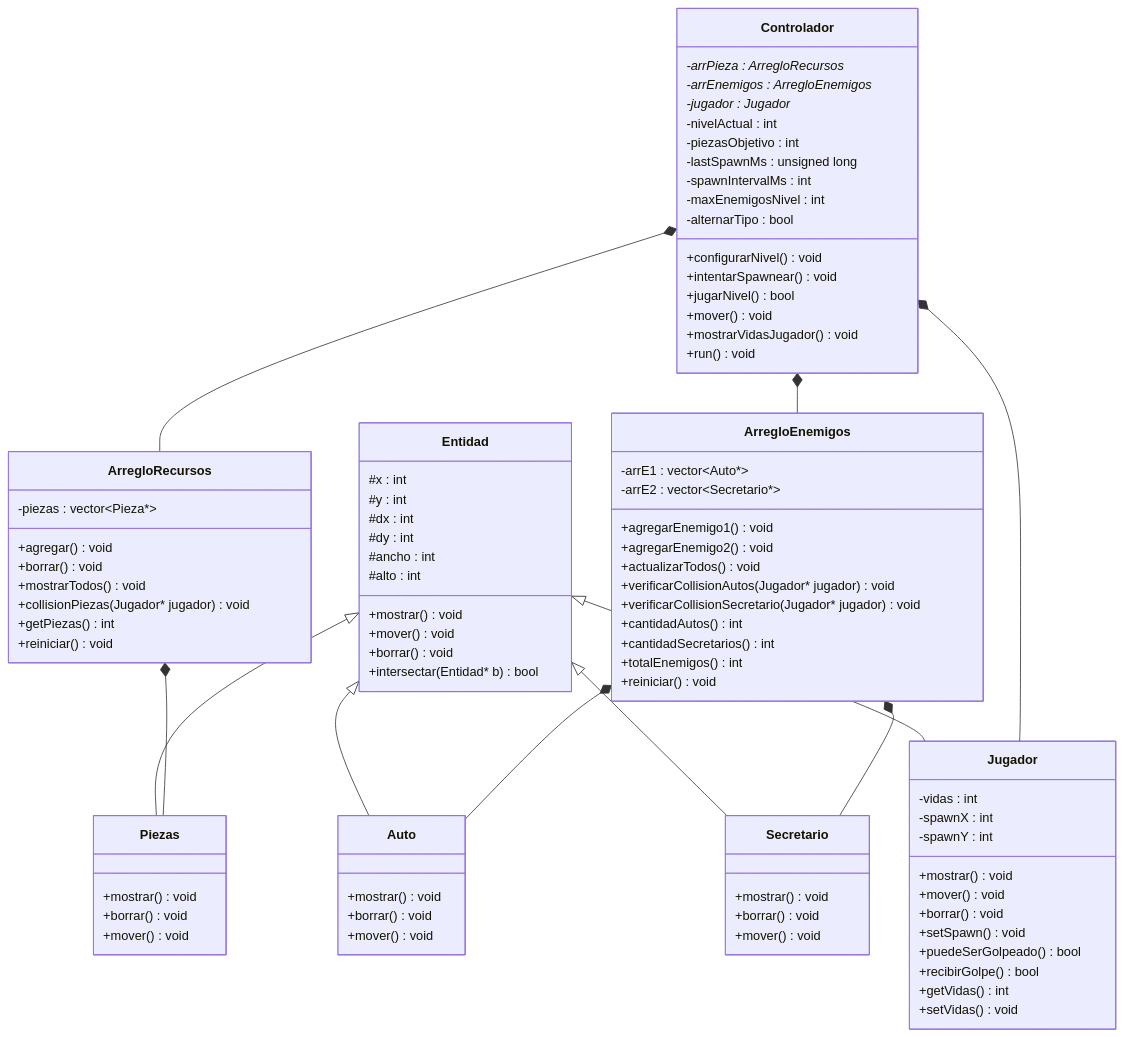
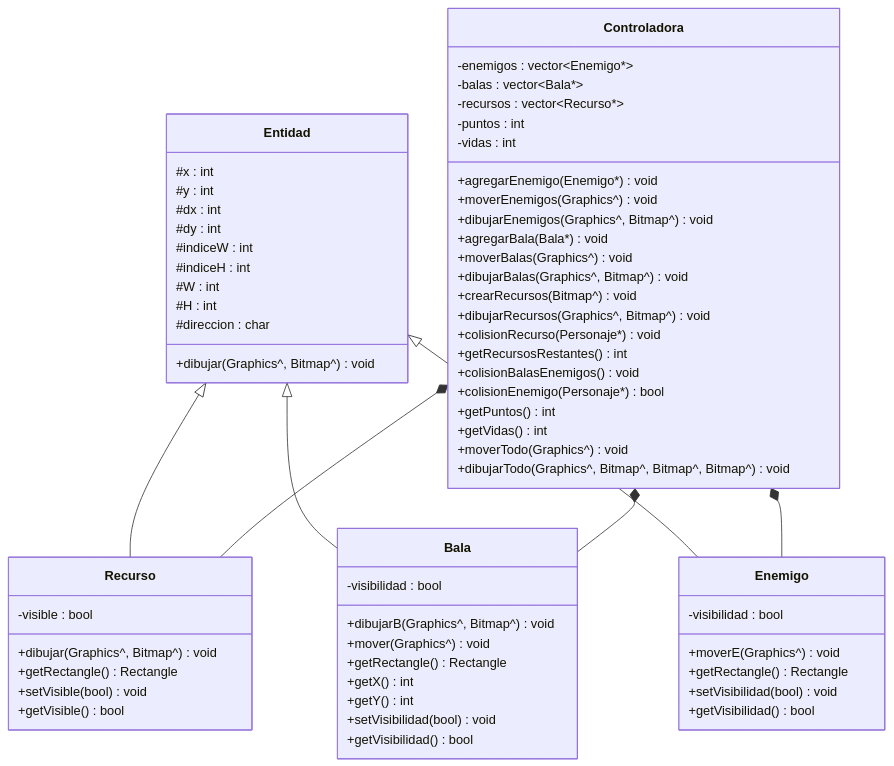
The diagram in README.md (Lindsey27007/algoritmos_group01_tf), drawn with Mermaid before and after one commit.

Commit message:
Update class diagram in README.md

````diff
--- a/README.md
+++ b/README.md
@@ -63,106 +63,86 @@
 ```mermaid
 classDiagram
 
-Entidad <|-- Jugador
-Entidad <|-- Auto
-Entidad <|-- Secretario
-Entidad <|-- Piezas
+Entidad <|-- Recurso
+Entidad <|-- Bala
+Entidad <|-- Enemigo
 
-Controlador *-- ArregloRecursos
-Controlador *-- ArregloEnemigos
-Controlador *-- Jugador
+Controladora *-- Enemigo
+Controladora *-- Bala
+Controladora *-- Recurso
 
-ArregloEnemigos *-- Auto
-ArregloEnemigos *-- Secretario
-
-ArregloRecursos *-- Piezas
-
-class Controlador {
-    -arrPieza : ArregloRecursos*
-    -arrEnemigos : ArregloEnemigos*
-    -jugador : Jugador*
-    -nivelActual : int
-    -piezasObjetivo : int
-    -lastSpawnMs : unsigned long
-    -spawnIntervalMs : int
-    -maxEnemigosNivel : int
-    -alternarTipo : bool
-
-    +configurarNivel() void
-    +intentarSpawnear() void
-    +jugarNivel() bool
-    +mover() void
-    +mostrarVidasJugador() void
-    +run() void
-}
 class Entidad {
     #x : int
     #y : int
     #dx : int
     #dy : int
-    #ancho : int
-    #alto : int
+    #indiceW : int
+    #indiceH : int
+    #W : int
+    #H : int
+    #direccion : char
 
-    +mostrar() void
-    +mover() void
-    +borrar() void
-    +intersectar(Entidad* b) bool
-}
-class Jugador {
-    -vidas : int
-    -spawnX : int
-    -spawnY : int
-
-    +mostrar() void
-    +mover() void
-    +borrar() void
-    +setSpawn() void
-    +puedeSerGolpeado() bool
-    +recibirGolpe() bool
-    +getVidas() int
-    +setVidas() void
+    +dibujar(Graphics^, Bitmap^) void
 }
 
-class Auto {
-    +mostrar() void
-    +borrar() void
-    +mover() void
+class Recurso {
+    -visible : bool
+
+    +dibujar(Graphics^, Bitmap^) void
+    +getRectangle() Rectangle
+    +setVisible(bool) void
+    +getVisible() bool
 }
 
-class Secretario {
-    +mostrar() void
-    +borrar() void
-    +mover() void
+class Bala {
+    -visibilidad : bool
+
+    +dibujarB(Graphics^, Bitmap^) void
+    +mover(Graphics^) void
+    +getRectangle() Rectangle
+    +getX() int
+    +getY() int
+    +setVisibilidad(bool) void
+    +getVisibilidad() bool
 }
 
-class Piezas {
-    +mostrar() void
-    +borrar() void
-    +mover() void
-}
-class ArregloEnemigos {
-    -arrE1 : vector~Auto*~
-    -arrE2 : vector~Secretario*~
+class Enemigo {
+    -visibilidad : bool
 
-    +agregarEnemigo1() void
-    +agregarEnemigo2() void
-    +actualizarTodos() void
-    +verificarCollisionAutos(Jugador* jugador) void
-    +verificarCollisionSecretario(Jugador* jugador) void
-    +cantidadAutos() int
-    +cantidadSecretarios() int
-    +totalEnemigos() int
-    +reiniciar() void
+    +moverE(Graphics^) void
+    +getRectangle() Rectangle
+    +setVisibilidad(bool) void
+    +getVisibilidad() bool
 }
 
-class ArregloRecursos {
-    -piezas : vector~Pieza*~
+class Controladora {
+    -enemigos : vector~Enemigo*~
+    -balas : vector~Bala*~
+    -recursos : vector~Recurso*~
+    -puntos : int
+    -vidas : int
 
-    +agregar() void
-    +borrar() void
-    +mostrarTodos() void
-    +collisionPiezas(Jugador* jugador) void
-    +getPiezas() int
-    +reiniciar() void
+    +agregarEnemigo(Enemigo*) void
+    +moverEnemigos(Graphics^) void
+    +dibujarEnemigos(Graphics^, Bitmap^) void
+
+    +agregarBala(Bala*) void
+    +moverBalas(Graphics^) void
+    +dibujarBalas(Graphics^, Bitmap^) void
+
+    +crearRecursos(Bitmap^) void
+    +dibujarRecursos(Graphics^, Bitmap^) void
+    +colisionRecurso(Personaje*) void
+    +getRecursosRestantes() int
+
+    +colisionBalasEnemigos() void
+    +colisionEnemigo(Personaje*) bool
+
+    +getPuntos() int
+    +getVidas() int
+
+    +moverTodo(Graphics^) void
+    +dibujarTodo(Graphics^, Bitmap^, Bitmap^, Bitmap^) void
 }
+
 ```
````
